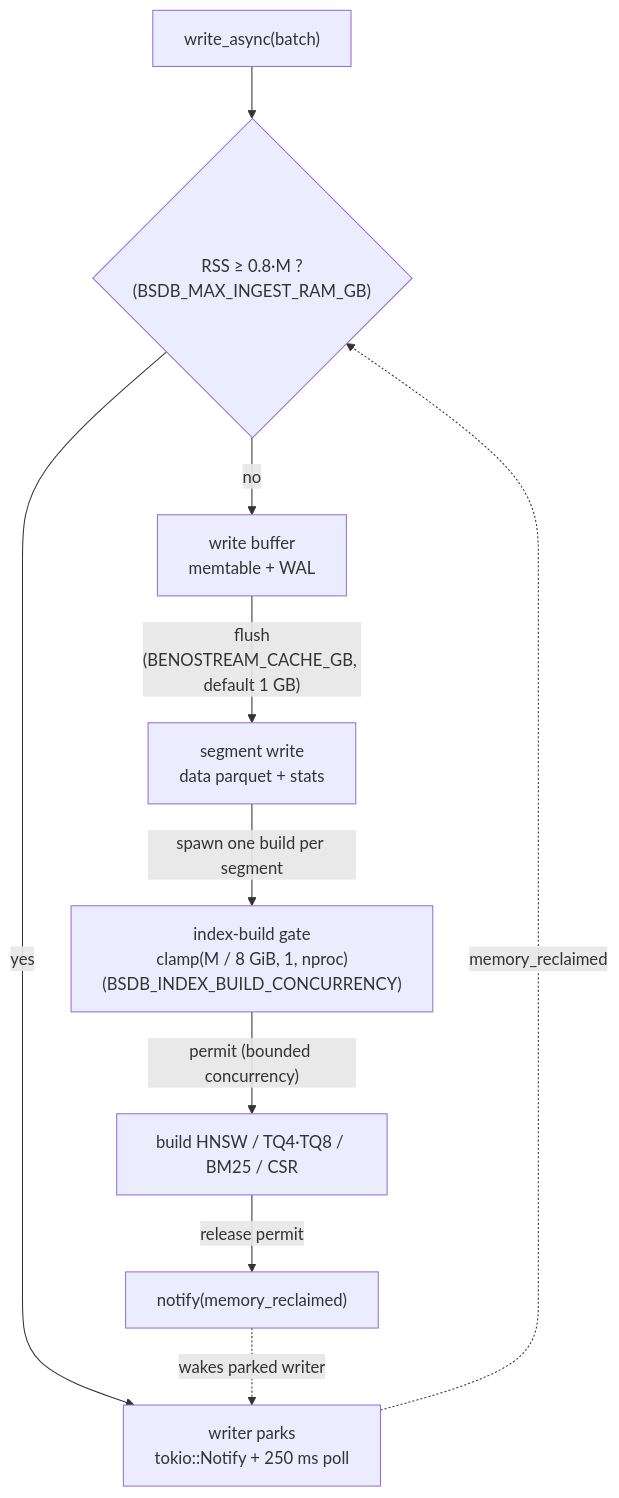
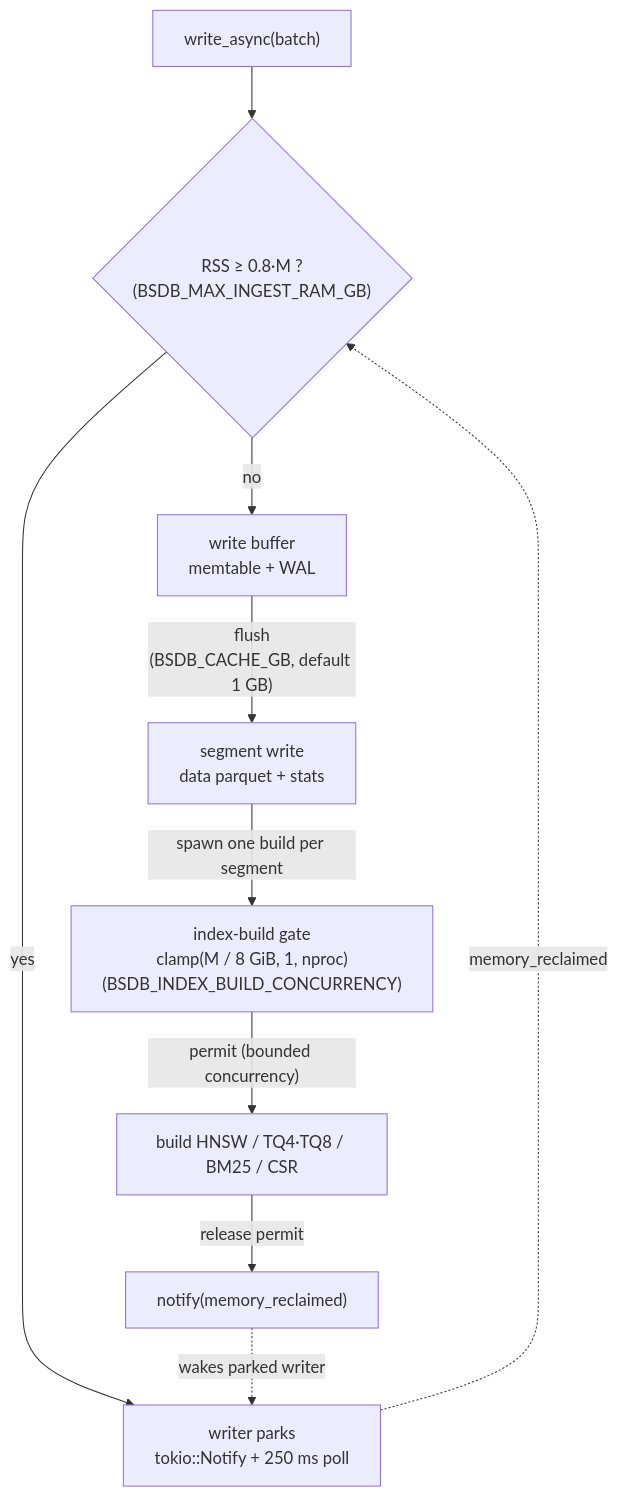
One commit to benolabsai/benostreamdb changed the diagram in docs/RESOURCE_LIMITS.md. Above: the diagram before and after it, drawn with Mermaid. The commit also changed other lines of this file and 3061 other files, not shown here.

First line of the commit message:
fix(core): graph UDAF correctness, linter fixes, and Python suite recovery

````diff
--- a/docs/RESOURCE_LIMITS.md
+++ b/docs/RESOURCE_LIMITS.md
@@ -24,13 +24,13 @@
 ```mermaid
 flowchart TD
     W["write_async(batch)"] --> G{"RSS ≥ 0.8·M ?<br/>(BSDB_MAX_INGEST_RAM_GB)"}
     G -- "no" --> BUF["write buffer<br/>memtable + WAL"]
     G -- "yes" --> PARK["writer parks<br/>tokio::Notify + 250 ms poll"]
     PARK -. "memory_reclaimed" .-> G
 
-    BUF -- "flush<br/>(BENOSTREAM_CACHE_GB, default 1 GB)" --> SEG["segment write<br/>data parquet + stats"]
+    BUF -- "flush<br/>(BSDB_CACHE_GB, default 1 GB)" --> SEG["segment write<br/>data parquet + stats"]
     SEG -- "spawn one build per segment" --> GATE["index-build gate<br/>clamp(M / 8 GiB, 1, nproc)<br/>(BSDB_INDEX_BUILD_CONCURRENCY)"]
     GATE -- "permit (bounded concurrency)" --> BUILD["build HNSW / TQ4·TQ8 / BM25 / CSR"]
     BUILD -- "release permit" --> NOTIFY["notify(memory_reclaimed)"]
     NOTIFY -. "wakes parked writer" .-> PARK
 ```
````
